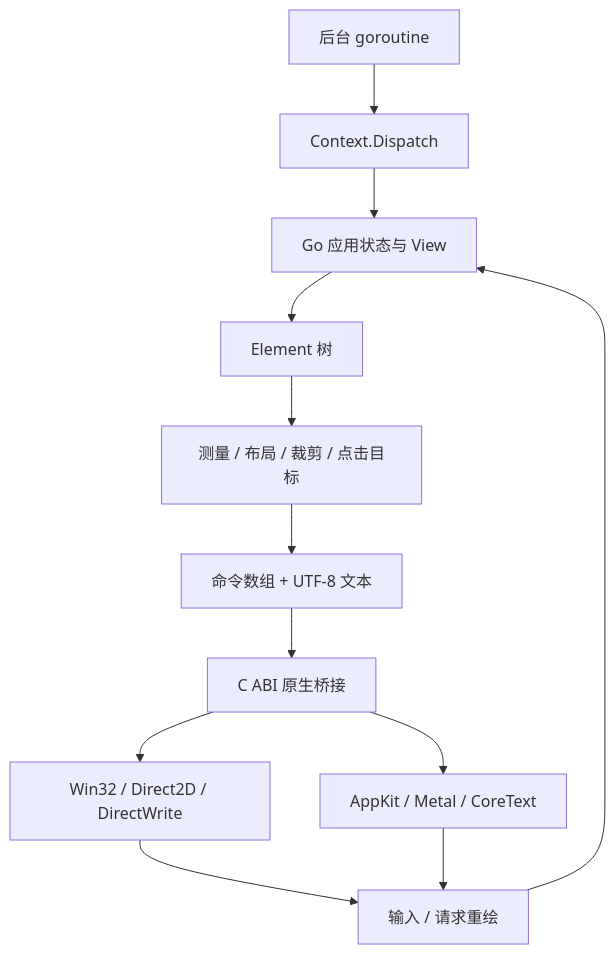
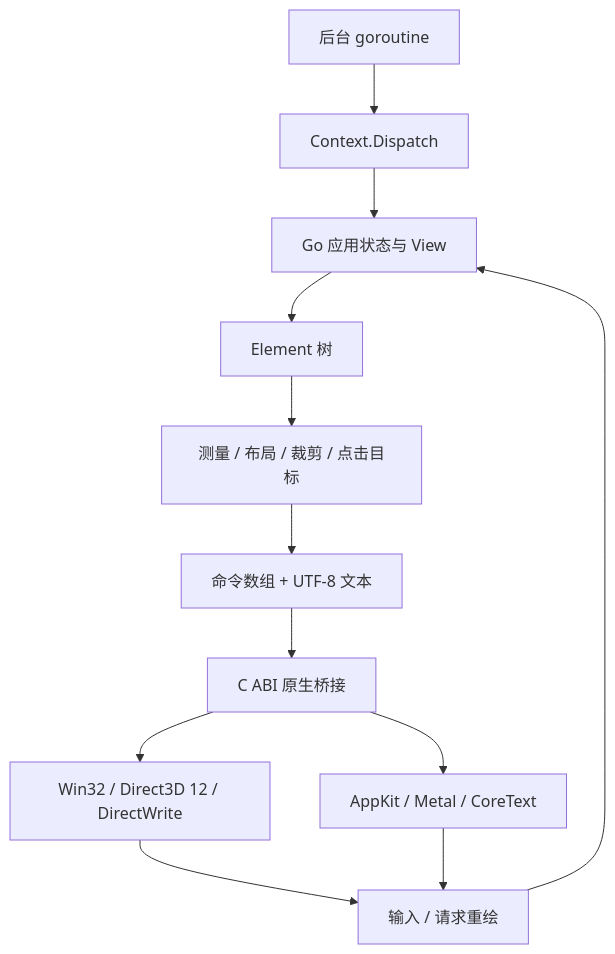
One commit to neko233-com/godesktop changed the diagram in docs/architecture.md. Above: the diagram before and after it, drawn with Mermaid. The commit also changed other lines of this file and 23 other files, not shown here.

````diff
--- a/docs/architecture.md
+++ b/docs/architecture.md
@@ -5,14 +5,14 @@
 ```mermaid
 flowchart TD
     A[Go 应用状态与 View] --> B[Element 树]
     B --> C[测量 / 布局 / 裁剪 / 点击目标]
     C --> D[命令数组 + UTF-8 文本]
     D --> E[C ABI 原生桥接]
-    E --> W[Win32 / Direct2D / DirectWrite]
+    E --> W[Win32 / Direct3D 12 / DirectWrite]
     E --> M[AppKit / Metal / CoreText]
     W --> F[输入 / 请求重绘]
     M --> F
     F --> A
     G[后台 goroutine] --> H[Context.Dispatch]
     H --> A
 ```
````
